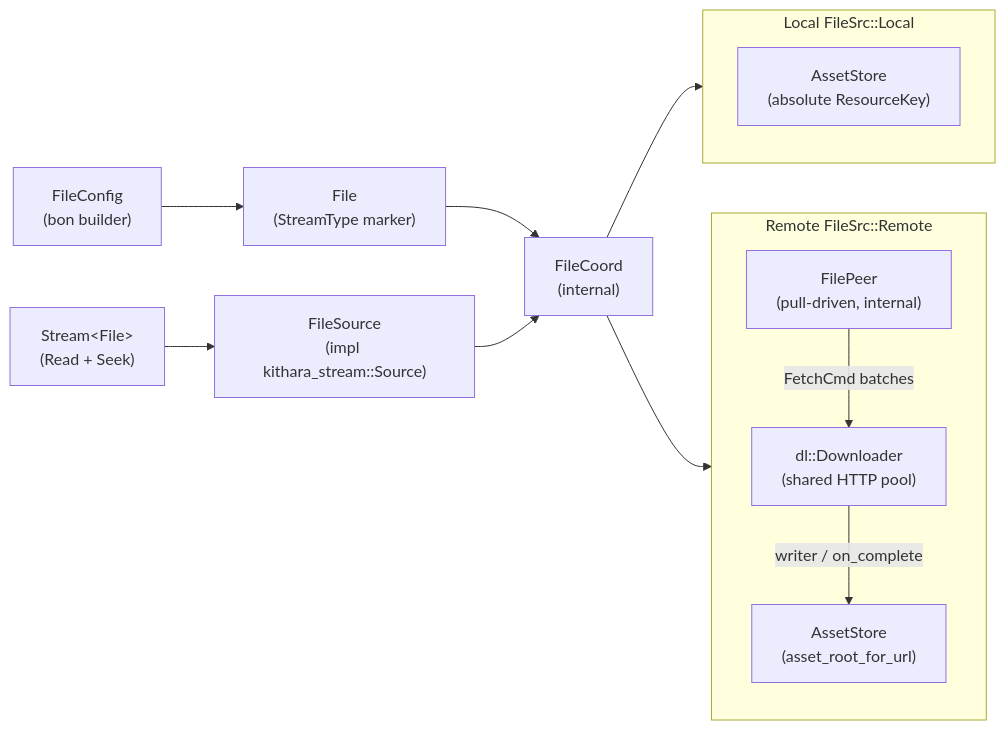
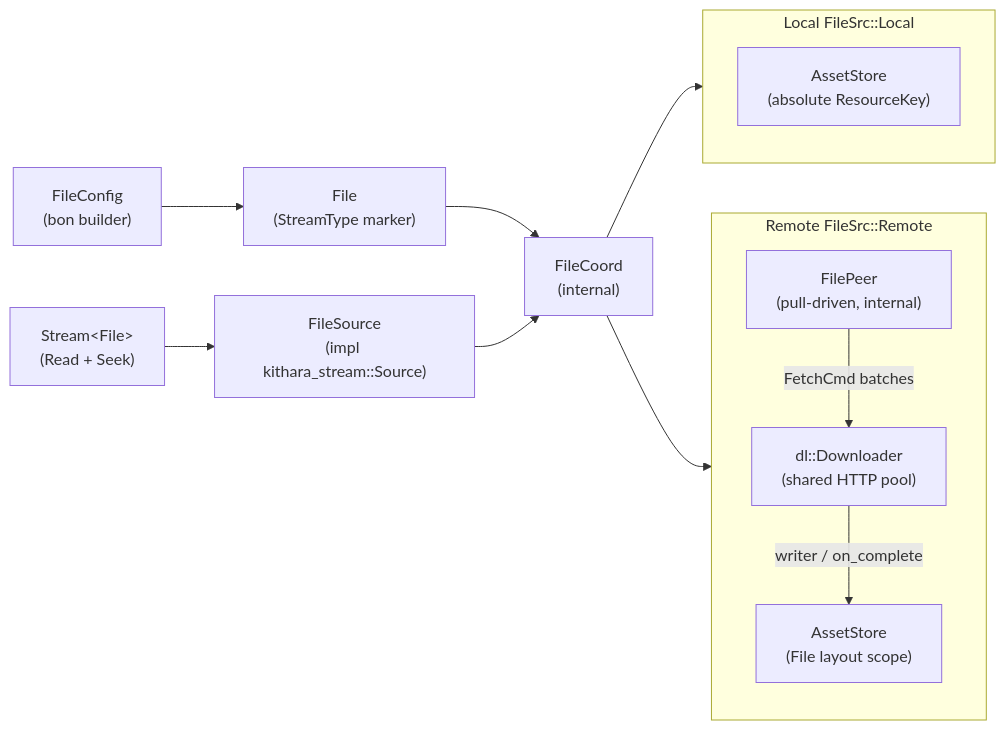
The diagram in crates/kithara-file/CONTEXT.md (zvuk/kithara), drawn with Mermaid before and after one commit. The commit also changed other lines of this file and 346 other files, not shown here.

````diff
--- a/crates/kithara-file/CONTEXT.md
+++ b/crates/kithara-file/CONTEXT.md
@@ -7,24 +7,24 @@
 ```mermaid
 flowchart LR
     Cfg["FileConfig<br/>(bon builder)"]
     Cfg --> File["File<br/>(StreamType marker)"]
     File --> Coord["FileCoord<br/>(internal)"]
 
     subgraph Local["Local FileSrc::Local"]
         AS1["AssetStore<br/>(absolute ResourceKey)"]
     end
 
     subgraph Remote["Remote FileSrc::Remote"]
         Peer["FilePeer<br/>(pull-driven, internal)"]
         DL["dl::Downloader<br/>(shared HTTP pool)"]
-        AS2["AssetStore<br/>(asset_root_for_url)"]
+        AS2["AssetStore<br/>(File layout scope)"]
     end
 
     Coord --> Local
     Coord --> Remote
     Peer -- "FetchCmd batches" --> DL
     DL -- "writer / on_complete" --> AS2
 
     Source["FileSource<br/>(impl kithara_stream::Source)"] --> Coord
     Stream2["Stream&lt;File&gt;<br/>(Read + Seek)"] --> Source
 ```
````
